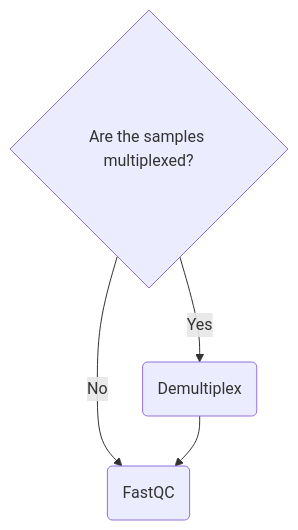
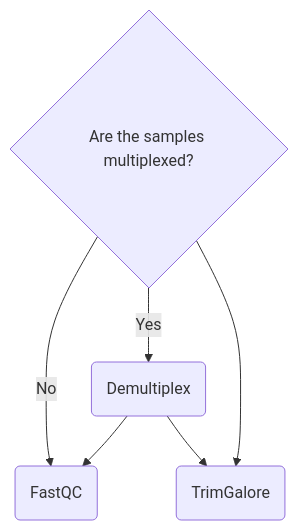
The diagram in docs/usage.md (chelauk/nf-core-demultiplex-methylation), drawn with Mermaid before and after one commit.

````diff
--- a/docs/usage.md
+++ b/docs/usage.md
@@ -7,7 +7,9 @@
 ```mermaid
 flowchart TD
 step1{Are the samples multiplexed?}
 step1 -->|Yes| step1a(Demultiplex)
 step1 -->|No| step2(FastQC)
 step1a --> step2(FastQC)
+step1a --> step3(TrimGalore)
+step1 --> step3(TrimGalore)
 ```
````
